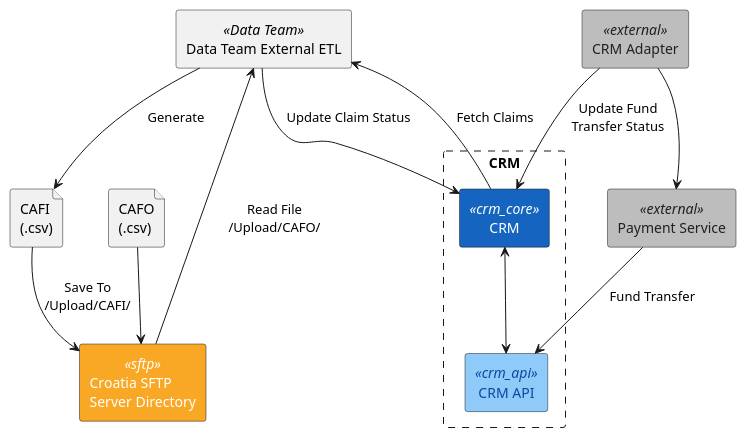
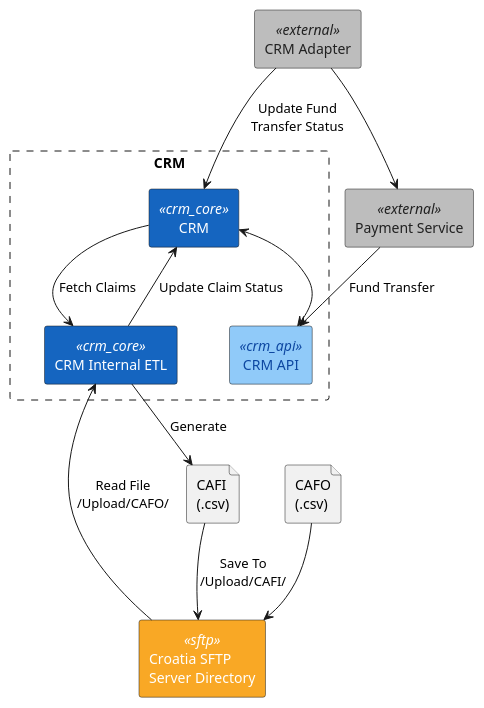
One commit to AdhamNour/plantuml_learning changed the diagram in crm_plantuml.puml. Above: the diagram before and after it, drawn with PlantUML. The commit also changed 2 other files, not shown here.

Commit message:
Refactor PlantUML diagrams: update CRM architecture and remove unused example

```diff
--- a/crm_plantuml.puml
+++ b/crm_plantuml.puml
@@ -1,52 +1,52 @@
-@startuml CAFI/CAFO complaint architecture Architecture
+@startuml CRM Architecture
 
 skinparam rectangle {
   BackgroundColor<<crm_core>> #1565C0
   FontColor<<crm_core>> white
   BackgroundColor<<crm_api>> #90CAF9
   FontColor<<crm_api>> #0D47A1
   BackgroundColor<<sftp>> #F9A825
   FontColor<<sftp>> white
   BackgroundColor<<external>> #BDBDBD
   FontColor<<external>> #212121
 }
 
 skinparam defaultFontName Arial
 skinparam shadowing false
 
 rectangle "CRM" as boundary #line.dashed {
   rectangle "CRM" as CRM <<crm_core>>
+  rectangle "CRM Internal ETL" as ETL <<crm_core>>
   rectangle "CRM API" as API <<crm_api>>
 }
-rectangle "Data Team External ETL" as ETL <<Data Team>>
 
 file "CAFI\n(.csv)" as CAFI
 rectangle "Croatia SFTP\nServer Directory" as SFTP <<sftp>>
 file "CAFO\n(.csv)" as CAFO
 
 rectangle "CRM Adapter" as Adapter <<external>>
 rectangle "Payment Service" as Payment <<external>>
 
 ' Internal ETL flows
 CRM --> ETL : Fetch Claims
 ETL --> CRM : Update Claim Status
 
 ' CRM <-> API
 CRM <--> API
 
 ' File generation and SFTP
 ETL --> CAFI : Generate
 CAFI --> SFTP : Save To\n/Upload/CAFI/
 
 ' SFTP back to ETL
 SFTP --> ETL : Read File\n/Upload/CAFO/
 
 ' CAFO on SFTP
 CAFO --> SFTP
 
 ' External flows
 Adapter --> CRM : Update Fund\nTransfer Status
 Adapter --> Payment
 Payment --> API : Fund Transfer
 
 @enduml
```
